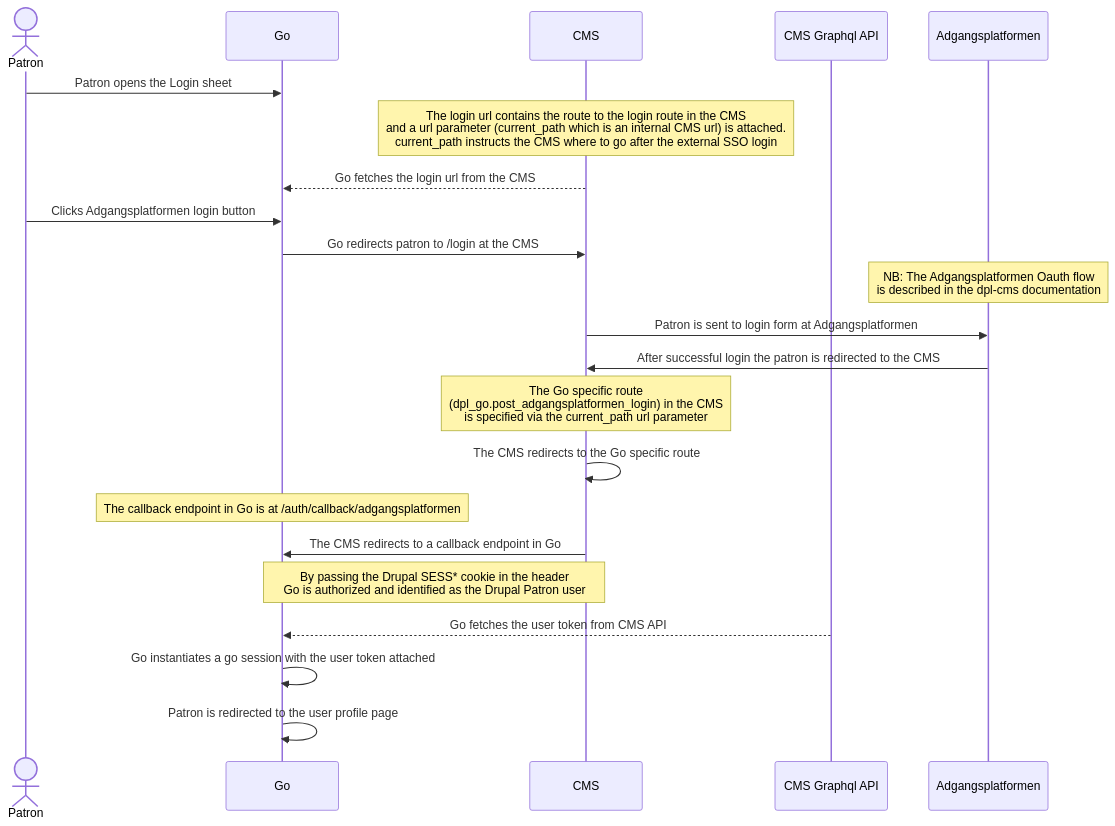
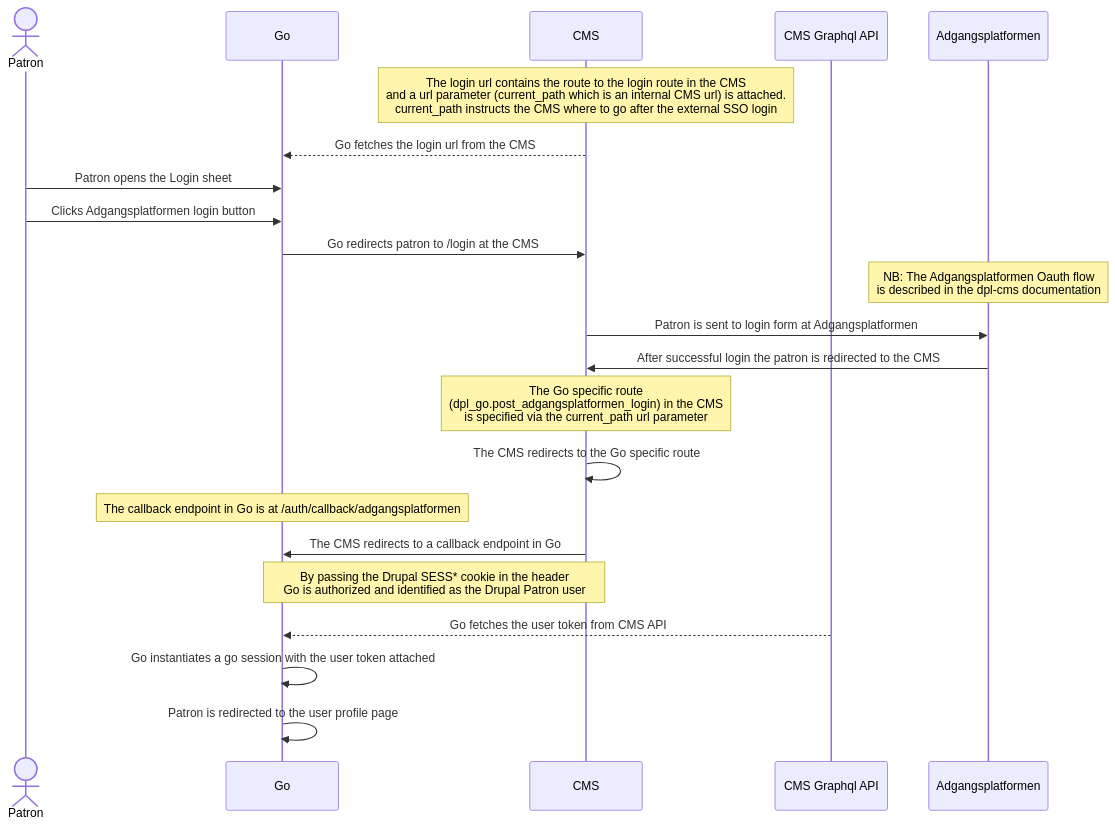
One commit to danskernesdigitalebibliotek/dpl-web changed the second of 3 diagrams in go/docs/authentication.md. Above: the diagram before and after it, drawn with Mermaid. The commit also changed other lines of this file, not shown here.

Commit message:
Correct the order of when login url is fetched

````diff
--- a/go/docs/authentication.md
+++ b/go/docs/authentication.md
@@ -102,24 +102,24 @@
 ```mermaid
 sequenceDiagram
     actor Patron
     participant Go
     participant CMS
     participant CMS Graphql API
     participant Adgangsplatformen
-    Patron->>Go: Patron opens the Login sheet
     Note over CMS: The login url contains the route to the login route in the CMS<br/>and a url parameter (current_path which is an internal CMS url) is attached.<br /> current_path instructs the CMS where to go  after the external SSO login
     CMS-->>Go: Go fetches the login url from the CMS
+    Patron->>Go: Patron opens the Login sheet
     Patron->>Go: Clicks Adgangsplatformen login button
     Go->>CMS: Go redirects patron to /login at the CMS
     Note over Adgangsplatformen: NB: The Adgangsplatformen Oauth flow<br />is described in the dpl-cms documentation
     CMS->>Adgangsplatformen: Patron is sent to login form at Adgangsplatformen
     Adgangsplatformen->>CMS: After successful login the patron is redirected to the CMS
     Note over CMS,CMS: The Go specific route<br />(dpl_go.post_adgangsplatformen_login) in the CMS<br />is specified via the current_path url parameter
     CMS->>CMS: The CMS redirects to the Go specific route
     Note over Go: The callback endpoint in Go is at /auth/callback/adgangsplatformen
     CMS->>Go: The CMS redirects to a callback endpoint in Go
     Note over CMS,Go: By passing the Drupal SESS* cookie in the header<br/>Go is authorized and identified as the Drupal Patron user
     CMS Graphql API-->>Go: Go fetches the user token from CMS API
     Go->>Go: Go instantiates a go session with the user token attached
     Go->>Go: Patron is redirected to the user profile page
 ```
````
